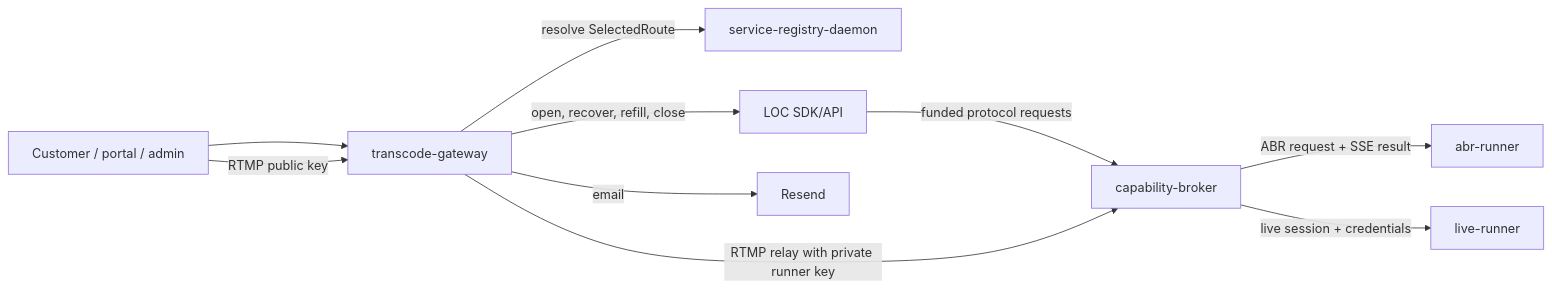
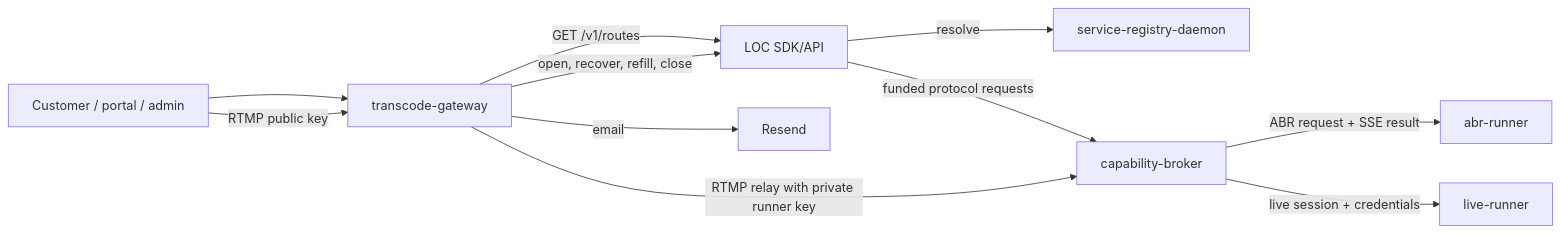
Before and after one commit to Cloud-SPE/livepeer-modules-transcode: the diagram in docs/design-docs/architecture-overview.md, drawn with Mermaid. The commit also changed 109 other files, not shown here.

````diff
--- a/docs/design-docs/architecture-overview.md
+++ b/docs/design-docs/architecture-overview.md
@@ -17,12 +17,13 @@
 ```mermaid
 flowchart LR
     C[Customer / portal / admin] --> G[transcode-gateway]
-    G -->|resolve SelectedRoute| R[service-registry-daemon]
+    G -->|GET /v1/routes| L[LOC SDK/API]
+    L -->|resolve| R[service-registry-daemon]
     G -->|open, recover, refill, close| L[LOC SDK/API]
     L -->|funded protocol requests| B[capability-broker]
     B -->|ABR request + SSE result| A[abr-runner]
     B -->|live session + credentials| V[live-runner]
     C -->|RTMP public key| G
     G -->|RTMP relay with private runner key| B
     G -->|email| E[Resend]
 ```
````
